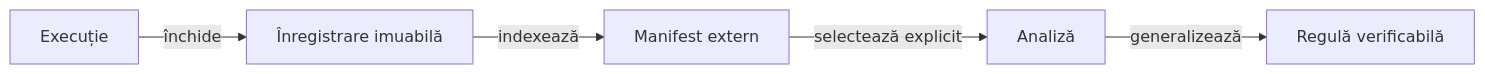
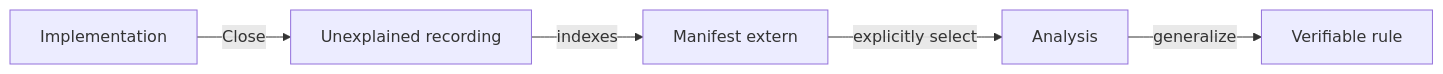
Before and after one commit to crististefanita/atf_j4: the diagram in docs/learning/ATF_Retention.md, drawn with Mermaid. The commit also changed other lines of this file and 122 other files, not shown here.

````diff
--- a/docs/learning/ATF_Retention.md
+++ b/docs/learning/ATF_Retention.md
@@ -9,7 +9,7 @@
 ```mermaid
 flowchart LR
-RUN[Execuție] -->|închide| RECORD[Înregistrare imuabilă]
-RECORD -->|indexează| MANIFEST[Manifest extern]
-MANIFEST -->|selectează explicit| ANALYSIS[Analiză]
-ANALYSIS -->|generalizează| RULE[Regulă verificabilă]
+RUN[Implementation] -->|Close| RECORD[Unexplained recording]
+RECORD -->|indexes| MANIFEST[Manifest extern]
+MANIFEST -->|explicitly select| ANALYSIS[Analysis]
+ANALYSIS -->|generalize| RULE[Verifiable rule]
 ```
````
